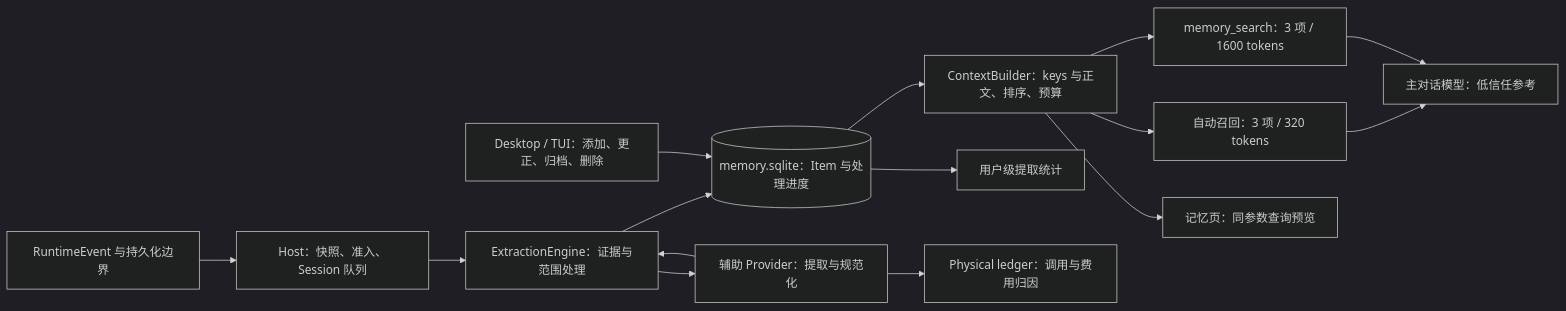
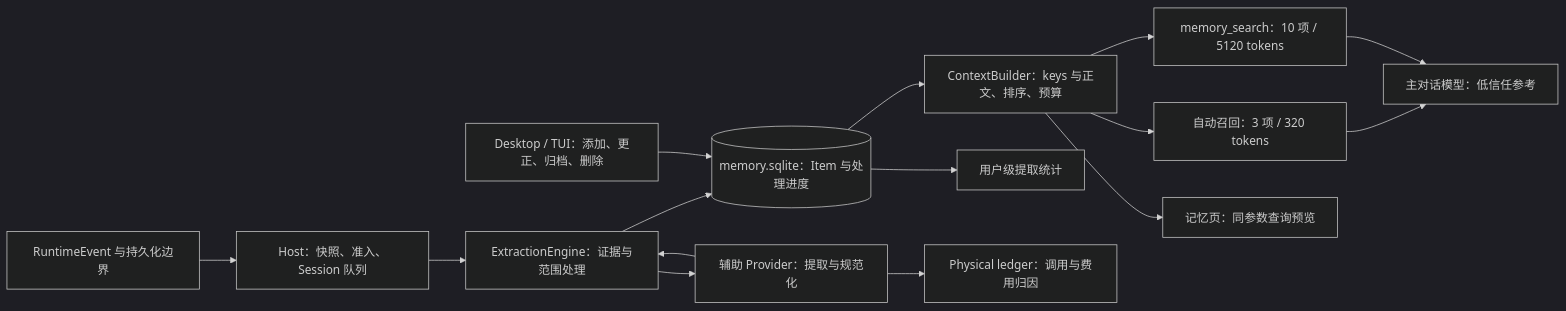
The first of 4 diagrams in docs/architecture/14-workspace-memory.md (99Gaoxiaoqi/pico-harness), drawn with Mermaid (dark theme) before and after one commit. The commit also changed other lines of this file and 5 other files, not shown here.

````diff
--- a/docs/architecture/14-workspace-memory.md
+++ b/docs/architecture/14-workspace-memory.md
@@ -19,17 +19,17 @@
 ```mermaid
 flowchart LR
   events["RuntimeEvent 与持久化边界"] --> host["Host：快照、准入、Session 队列"]
   host --> engine["ExtractionEngine：证据与范围处理"]
   engine --> model["辅助 Provider：提取与规范化"]
   model --> engine
   engine --> db[("memory.sqlite：Item 与处理进度")]
   manage["Desktop / TUI：添加、更正、归档、删除"] --> db
   db --> builder["ContextBuilder：keys 与正文、排序、预算"]
   builder --> auto["自动召回：3 项 / 320 tokens"]
-  builder --> search["memory_search：3 项 / 1600 tokens"]
+  builder --> search["memory_search：10 项 / 5120 tokens"]
   builder --> preview["记忆页：同参数查询预览"]
   auto --> main["主对话模型：低信任参考"]
   search --> main
   db --> metrics["用户级提取统计"]
   model --> ledger["Physical ledger：调用与费用归因"]
 ```
````
